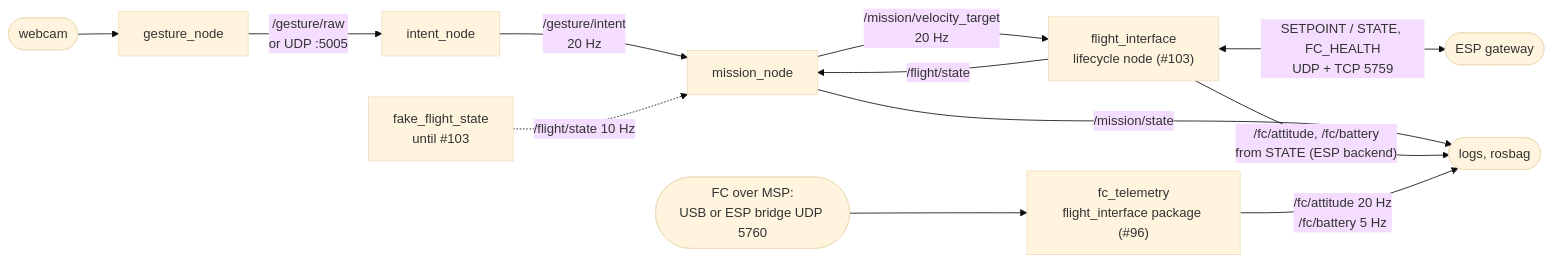
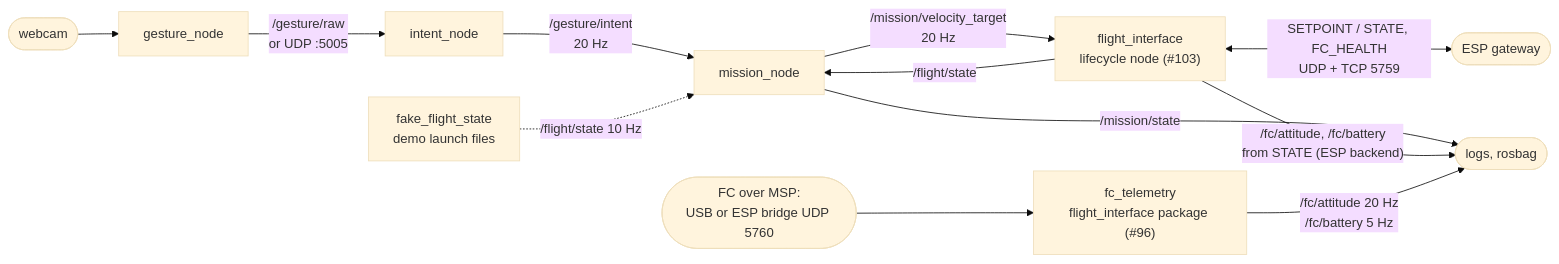
Before and after one commit to SEAME-pt/SEA-ME_Team1_ROSRangers: the second of 2 diagrams in docs/PraticalPlan/03 Architecture/Architecture Document.md, drawn with Mermaid (base theme). The commit also changed other lines of this file, not shown here.

Commit message:
Finish the architecture document: HIL failsafe timing, flight_interface in dev (#98)

````diff
--- a/docs/PraticalPlan/03 Architecture/Architecture Document.md
+++ b/docs/PraticalPlan/03 Architecture/Architecture Document.md
@@ -67,14 +67,14 @@
 ```mermaid
 flowchart LR
   CAM([webcam]) --> GEST[gesture_node]
   GEST -->|"/gesture/raw<br/>or UDP :5005"| INT[intent_node]
   INT -->|"/gesture/intent<br/>20 Hz"| MIS[mission_node]
   MIS -->|"/mission/velocity_target<br/>20 Hz"| FI["flight_interface<br/>lifecycle node (#103)"]
   MIS -->|"/mission/state"| OUT([logs, rosbag])
   FI -->|"/flight/state"| MIS
   FI <-->|"SETPOINT / STATE, FC_HEALTH<br/>UDP + TCP 5759"| ESP([ESP gateway])
   FI -->|"/fc/attitude, /fc/battery<br/>from STATE (ESP backend)"| OUT
   FC([FC over MSP:<br/>USB or ESP bridge UDP 5760]) --> FCT["fc_telemetry<br/>flight_interface package (#96)"]
   FCT -->|"/fc/attitude 20 Hz<br/>/fc/battery 5 Hz"| OUT
-  FFS["fake_flight_state<br/>until #103"] -.->|"/flight/state 10 Hz"| MIS
+  FFS["fake_flight_state<br/>demo launch files"] -.->|"/flight/state 10 Hz"| MIS
 ```
````
